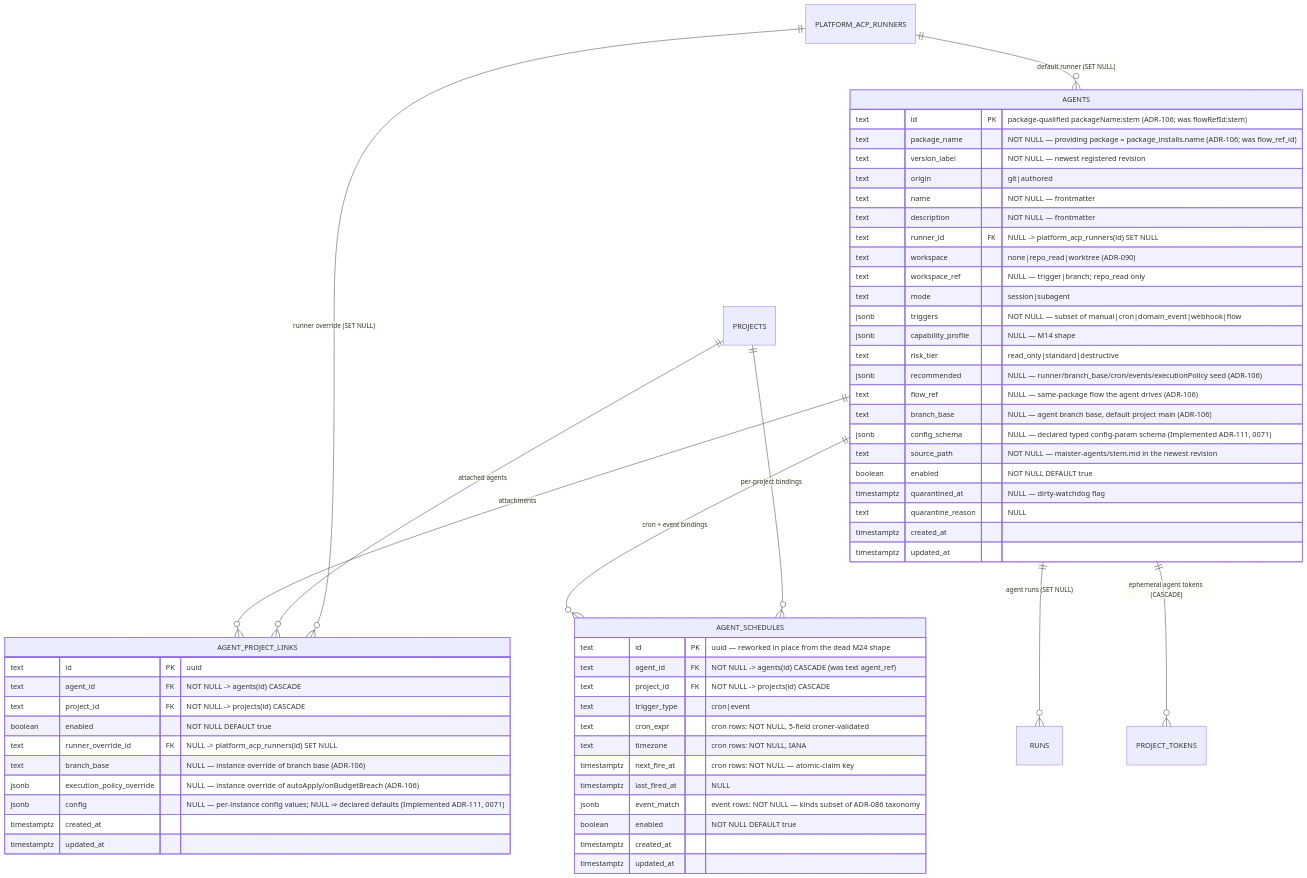
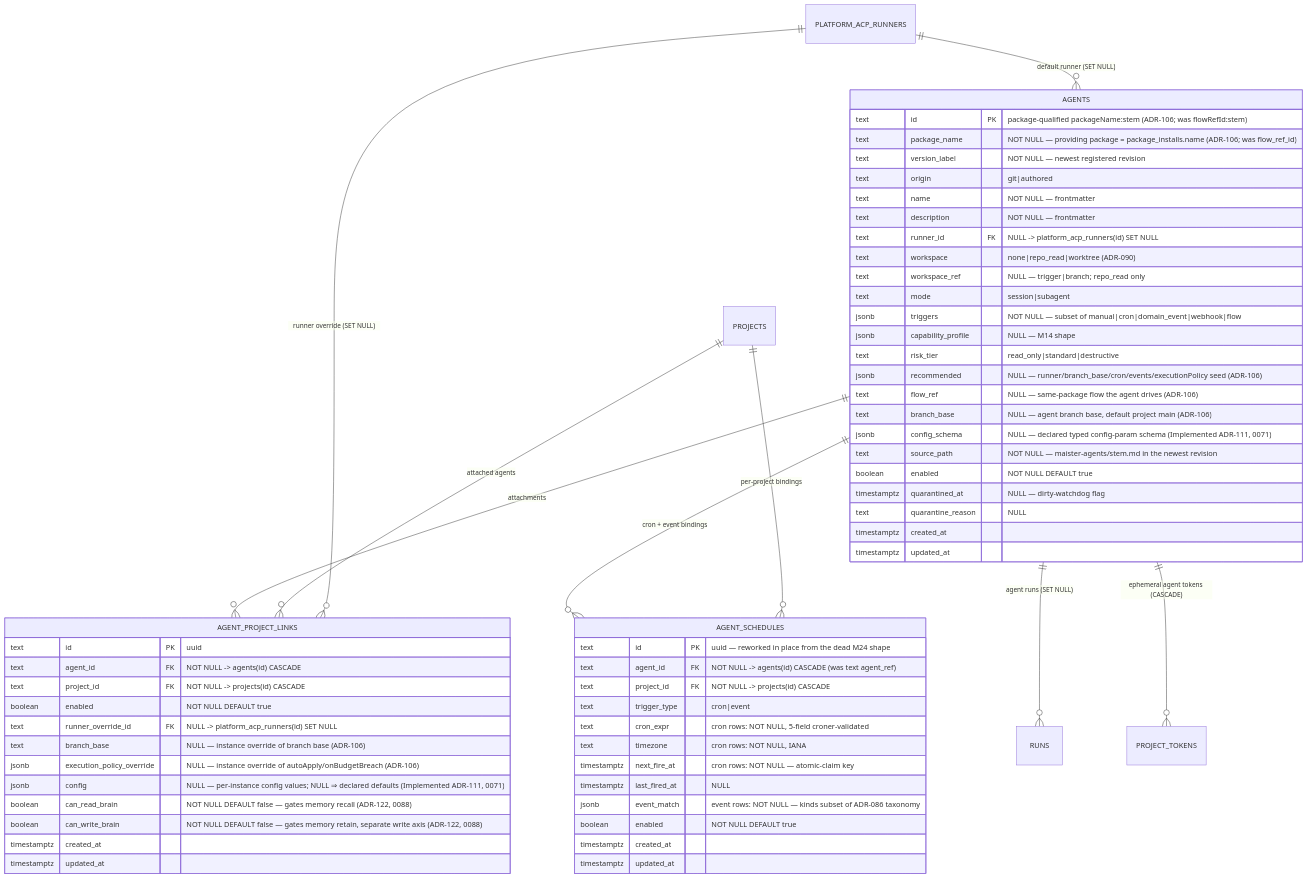
The diagram in docs/db/agents-domain.md (maister-dev/maister), drawn with Mermaid before and after one commit. The commit also changed 61 other files, not shown here.

First line of the commit message:
fix(brain): close full-review findings round 2 (ADR-122)

````diff
--- a/docs/db/agents-domain.md
+++ b/docs/db/agents-domain.md
@@ -25,65 +25,67 @@
 ```mermaid
 erDiagram
     PLATFORM_ACP_RUNNERS ||--o{ AGENTS : "default runner (SET NULL)"
     AGENTS ||--o{ AGENT_PROJECT_LINKS : "attachments"
     PROJECTS ||--o{ AGENT_PROJECT_LINKS : "attached agents"
     PLATFORM_ACP_RUNNERS ||--o{ AGENT_PROJECT_LINKS : "runner override (SET NULL)"
     AGENTS ||--o{ AGENT_SCHEDULES : "cron + event bindings"
     PROJECTS ||--o{ AGENT_SCHEDULES : "per-project bindings"
     AGENTS ||--o{ RUNS : "agent runs (SET NULL)"
     AGENTS ||--o{ PROJECT_TOKENS : "ephemeral agent tokens (CASCADE)"
 
     AGENTS {
         text id PK "package-qualified packageName:stem (ADR-106; was flowRefId:stem)"
         text package_name "NOT NULL — providing package = package_installs.name (ADR-106; was flow_ref_id)"
         text version_label "NOT NULL — newest registered revision"
         text origin "git|authored"
         text name "NOT NULL — frontmatter"
         text description "NOT NULL — frontmatter"
         text runner_id FK "NULL -> platform_acp_runners(id) SET NULL"
         text workspace "none|repo_read|worktree (ADR-090)"
         text workspace_ref "NULL — trigger|branch; repo_read only"
         text mode "session|subagent"
         jsonb triggers "NOT NULL — subset of manual|cron|domain_event|webhook|flow"
         jsonb capability_profile "NULL — M14 shape"
         text risk_tier "read_only|standard|destructive"
         jsonb recommended "NULL — runner/branch_base/cron/events/executionPolicy seed (ADR-106)"
         text flow_ref "NULL — same-package flow the agent drives (ADR-106)"
         text branch_base "NULL — agent branch base, default project main (ADR-106)"
         jsonb config_schema "NULL — declared typed config-param schema (Implemented ADR-111, 0071)"
         text source_path "NOT NULL — maister-agents/stem.md in the newest revision"
         boolean enabled "NOT NULL DEFAULT true"
         timestamptz quarantined_at "NULL — dirty-watchdog flag"
         text quarantine_reason "NULL"
         timestamptz created_at
         timestamptz updated_at
     }
 
     AGENT_PROJECT_LINKS {
         text id PK "uuid"
         text agent_id FK "NOT NULL -> agents(id) CASCADE"
         text project_id FK "NOT NULL -> projects(id) CASCADE"
         boolean enabled "NOT NULL DEFAULT true"
         text runner_override_id FK "NULL -> platform_acp_runners(id) SET NULL"
         text branch_base "NULL — instance override of branch base (ADR-106)"
         jsonb execution_policy_override "NULL — instance override of autoApply/onBudgetBreach (ADR-106)"
         jsonb config "NULL — per-instance config values; NULL ⇒ declared defaults (Implemented ADR-111, 0071)"
+        boolean can_read_brain "NOT NULL DEFAULT false — gates memory recall (ADR-122, 0088)"
+        boolean can_write_brain "NOT NULL DEFAULT false — gates memory retain, separate write axis (ADR-122, 0088)"
         timestamptz created_at
         timestamptz updated_at
     }
 
     AGENT_SCHEDULES {
         text id PK "uuid — reworked in place from the dead M24 shape"
         text agent_id FK "NOT NULL -> agents(id) CASCADE (was text agent_ref)"
         text project_id FK "NOT NULL -> projects(id) CASCADE"
         text trigger_type "cron|event"
         text cron_expr "cron rows: NOT NULL, 5-field croner-validated"
         text timezone "cron rows: NOT NULL, IANA"
         timestamptz next_fire_at "cron rows: NOT NULL — atomic-claim key"
         timestamptz last_fired_at "NULL"
         jsonb event_match "event rows: NOT NULL — kinds subset of ADR-086 taxonomy"
         boolean enabled "NOT NULL DEFAULT true"
         timestamptz created_at
         timestamptz updated_at
     }
 ```
````
